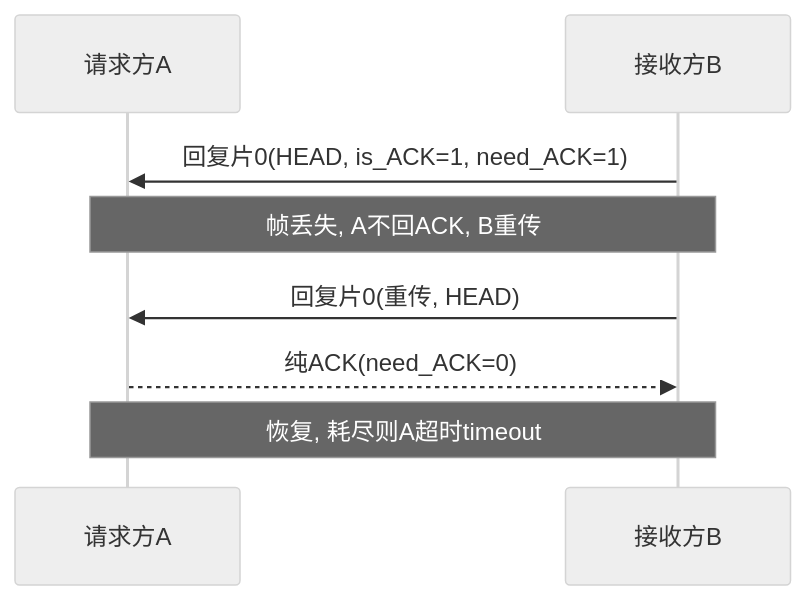
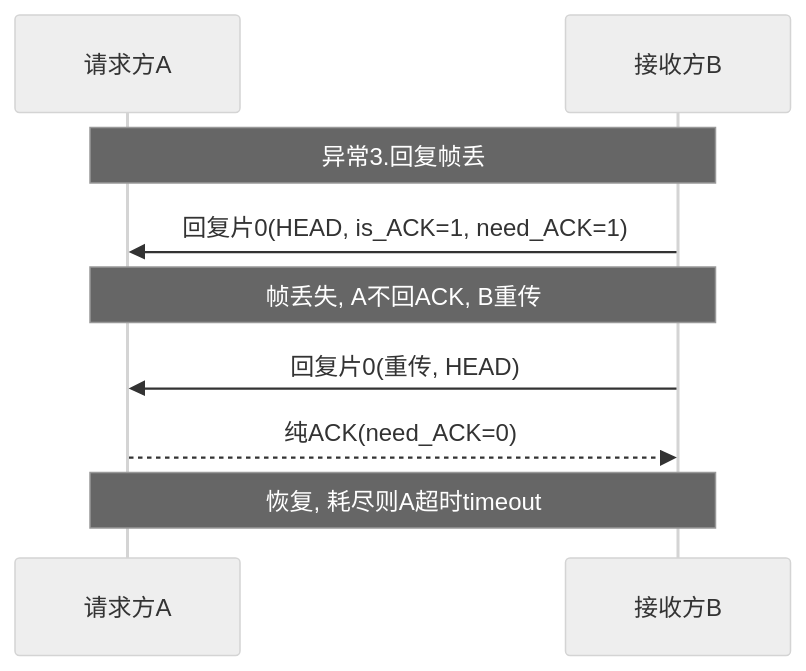
One commit to Siaiai/ObsidianNote changed the ninth of 13 diagrams in 工作/项目/代码/260401S3分拣面板-SIA-R9000P.md. Above: the diagram before and after it, drawn with Mermaid (neutral theme). The commit also changed other lines of this file and 1 other file, not shown here.

````diff
--- a/工作/项目/代码/260401S3分拣面板-SIA-R9000P.md
+++ b/工作/项目/代码/260401S3分拣面板-SIA-R9000P.md
@@ -219,10 +226,11 @@
 ```mermaid
 sequenceDiagram
     participant A as 请求方A
     participant B as 接收方B
+    Note over A,B: 异常3.回复帧丢
     B->>A: 回复片0(HEAD, is_ACK=1, need_ACK=1)
     Note over A,B: 帧丢失, A不回ACK, B重传
     B->>A: 回复片0(重传, HEAD)
     A-->>B: 纯ACK(need_ACK=0)
     Note over A,B: 恢复, 耗尽则A超时timeout
 ```
````
